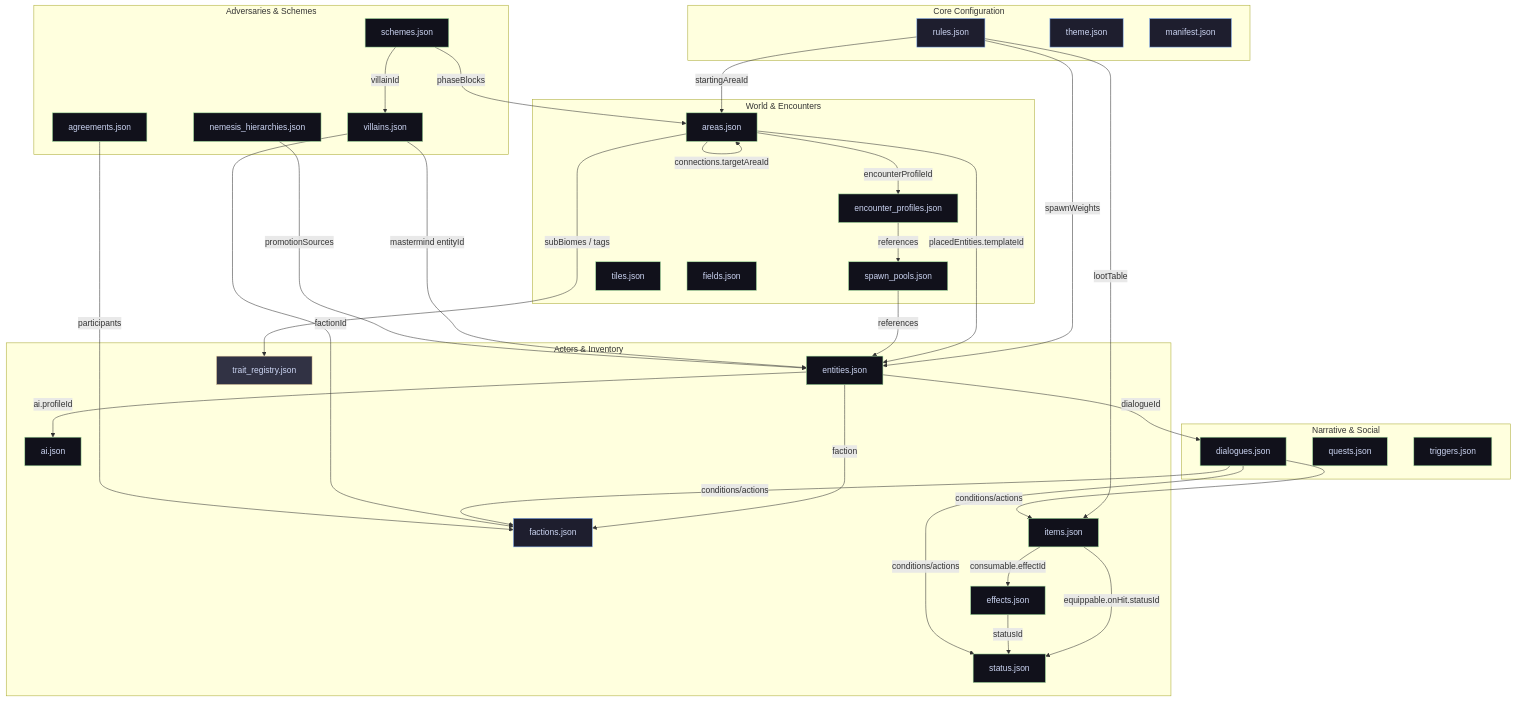
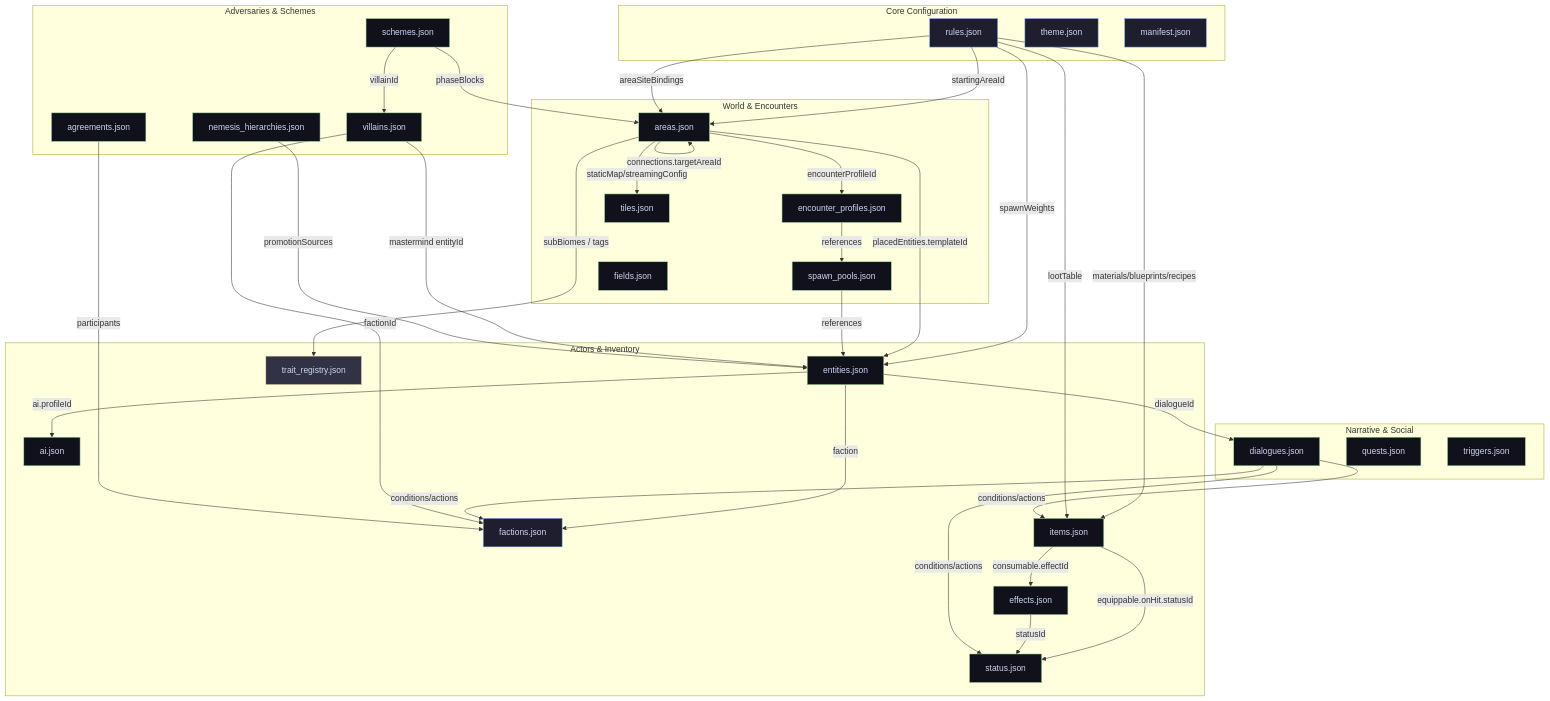
One commit to ThiagoRibas-dev/rogue_like changed the second of 2 diagrams in docs/ARCHITECTURE.md. Above: the diagram before and after it, drawn with Mermaid. The commit also changed other lines of this file and 9 other files, not shown here.

First line of the commit message:
docs: synchronize README, ARCHITECTURE, DECISIONS, guides & archives for Phases 43 and 45-48

````diff
--- a/docs/ARCHITECTURE.md
+++ b/docs/ARCHITECTURE.md
@@ -167,79 +174,82 @@
 ```mermaid
 graph TD
     classDef singleton fill:#1e1e2e,stroke:#89b4fa,stroke-width:1px,color:#cdd6f4;
     classDef dict fill:#11111b,stroke:#a6e3a1,stroke-width:1px,color:#cdd6f4;
     classDef registry fill:#313244,stroke:#f9e2af,stroke-width:1px,color:#cdd6f4;
 
     subgraph Core Configuration
         Rules[rules.json]:::singleton
         Theme[theme.json]:::singleton
         Manifest[manifest.json]:::singleton
     end
 
     subgraph World & Encounters
         Areas[areas.json]:::dict
         EncounterProfiles[encounter_profiles.json]:::dict
         SpawnPools[spawn_pools.json]:::dict
         Tiles[tiles.json]:::dict
         Fields[fields.json]:::dict
     end
 
     subgraph Actors & Inventory
         Entities[entities.json]:::dict
         Factions[factions.json]:::singleton
         Items[items.json]:::dict
         ItemEffects[effects.json]:::dict
         StatusEffects[status.json]:::dict
         AI[ai.json]:::dict
         Traits[trait_registry.json]:::registry
     end
 
     subgraph Narrative & Social
         Dialogues[dialogues.json]:::dict
         Quests[quests.json]:::dict
         Triggers[triggers.json]:::dict
     end
 
     subgraph Adversaries & Schemes
         Villains[villains.json]:::dict
         Schemes[schemes.json]:::dict
         Agreements[agreements.json]:::dict
         Hierarchies[nemesis_hierarchies.json]:::dict
     end
 
     %% Dependency Arrows
     Rules -->|startingAreaId| Areas
+    Rules -->|materials/blueprints/recipes| Items
+    Rules -->|areaSiteBindings| Areas
     Rules -->|spawnWeights| Entities
     Rules -->|lootTable| Items
 
     Areas -->|connections.targetAreaId| Areas
     Areas -->|placedEntities.templateId| Entities
+    Areas -->|staticMap/streamingConfig| Tiles
     Areas -->|encounterProfileId| EncounterProfiles
     Areas -->|subBiomes / tags| Traits
 
     EncounterProfiles -->|references| SpawnPools
     SpawnPools -->|references| Entities
 
     Entities -->|faction| Factions
     Entities -->|dialogueId| Dialogues
     Entities -->|ai.profileId| AI
 
     Items -->|consumable.effectId| ItemEffects
     Items -->|equippable.onHit.statusId| StatusEffects
 
     ItemEffects -->|statusId| StatusEffects
 
     Dialogues -->|conditions/actions| Items
     Dialogues -->|conditions/actions| Factions
     Dialogues -->|conditions/actions| StatusEffects
 
     Villains -->|mastermind entityId| Entities
     Villains -->|factionId| Factions
 
     Schemes -->|villainId| Villains
     Schemes -->|phaseBlocks| Areas
 
     Agreements -->|participants| Factions
 
     Hierarchies -->|promotionSources| Entities
 ```
````
